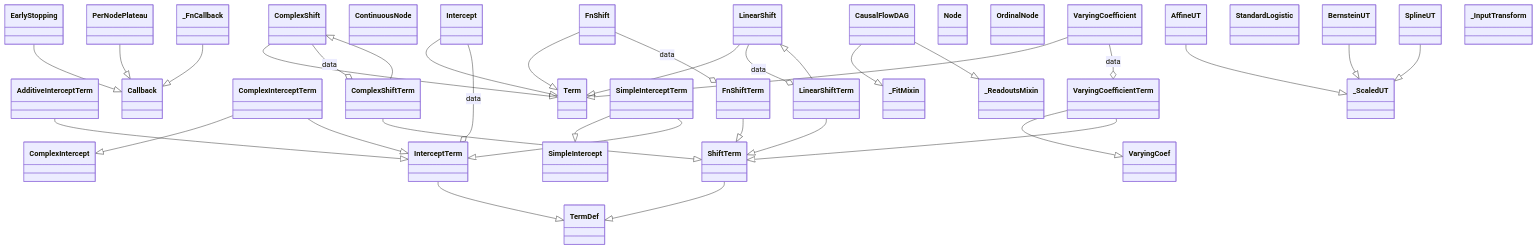
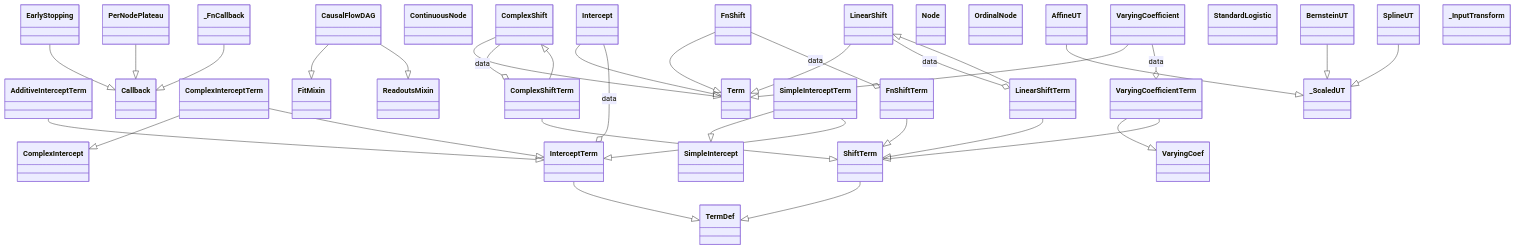
The fourth of 6 diagrams in docs/architecture.md (tensorchiefs/tramdag), drawn with Mermaid before and after one commit. The commit also changed other lines of this file and 8 other files, not shown here.

```diff
--- a/docs/architecture.md
+++ b/docs/architecture.md
@@ -235,6 +234,8 @@
   }
   class EarlyStopping {
   }
+  class FitMixin {
+  }
   class FnShift {
   }
   class FnShiftTerm {
@@ -254,6 +255,8 @@
   class OrdinalNode {
   }
   class PerNodePlateau {
+  }
+  class ReadoutsMixin {
   }
   class ShiftTerm {
   }
@@ -275,21 +278,17 @@
   }
   class VaryingCoefficientTerm {
   }
-  class _FitMixin {
-  }
   class _FnCallback {
   }
   class _InputTransform {
-  }
-  class _ReadoutsMixin {
   }
   class _ScaledUT {
   }
   EarlyStopping --|> Callback
   PerNodePlateau --|> Callback
   _FnCallback --|> Callback
-  CausalFlowDAG --|> _FitMixin
-  CausalFlowDAG --|> _ReadoutsMixin
+  CausalFlowDAG --|> FitMixin
+  CausalFlowDAG --|> ReadoutsMixin
   ComplexShift --|> Term
   FnShift --|> Term
   Intercept --|> Term
```
